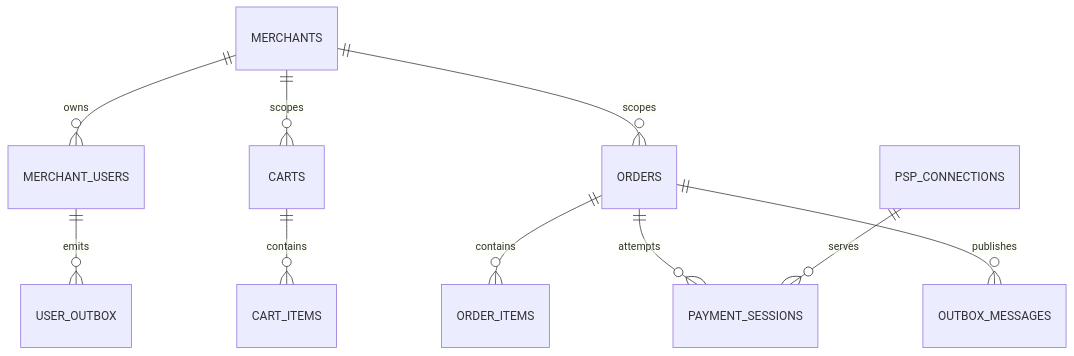
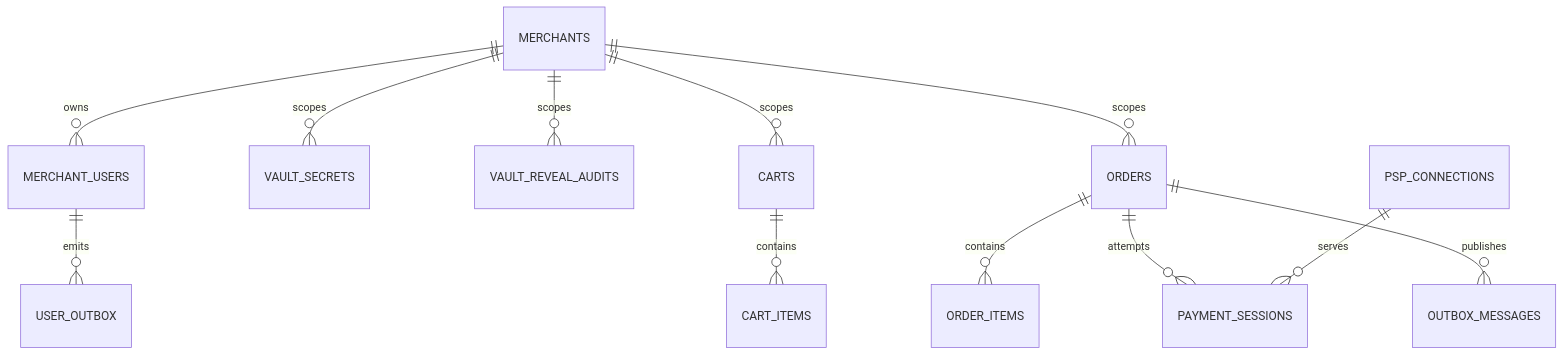
One commit to metrodiesign/pol-core changed the second of 2 diagrams in docs/reference/merchant-commerce-payment-erd-revised-kyc-simplified.md. Above: the diagram before and after it, drawn with Mermaid. The commit also changed other lines of this file and 7 other files, not shown here.

````diff
--- a/docs/reference/merchant-commerce-payment-erd-revised-kyc-simplified.md
+++ b/docs/reference/merchant-commerce-payment-erd-revised-kyc-simplified.md
@@ -20,12 +20,14 @@
 ```mermaid
 erDiagram
     MERCHANTS ||--o{ MERCHANT_USERS : owns
+    MERCHANTS ||--o{ VAULT_SECRETS : scopes
+    MERCHANTS ||--o{ VAULT_REVEAL_AUDITS : scopes
     MERCHANTS ||--o{ CARTS : scopes
     CARTS ||--o{ CART_ITEMS : contains
     MERCHANTS ||--o{ ORDERS : scopes
     ORDERS ||--o{ ORDER_ITEMS : contains
     ORDERS ||--o{ PAYMENT_SESSIONS : attempts
     PSP_CONNECTIONS ||--o{ PAYMENT_SESSIONS : serves
     MERCHANT_USERS ||--o{ USER_OUTBOX : emits
     ORDERS ||--o{ OUTBOX_MESSAGES : publishes
 ```
````
